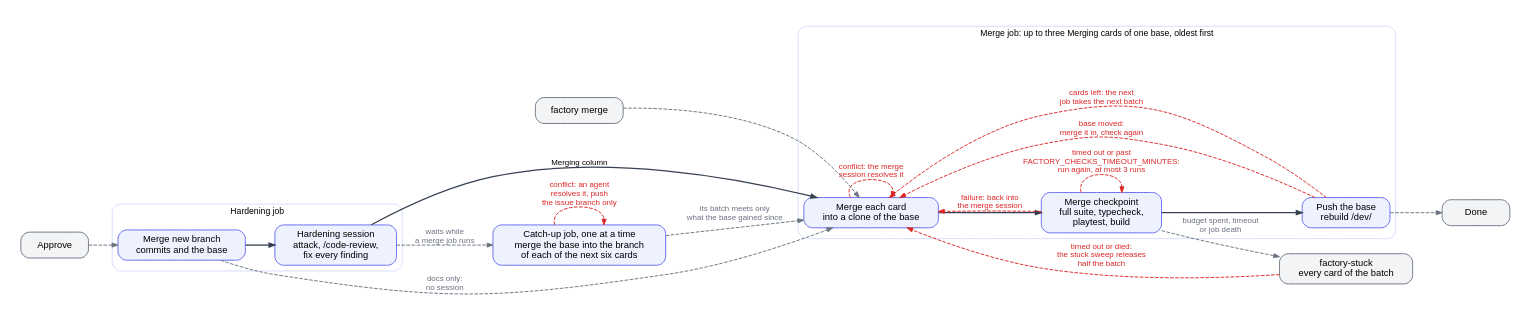
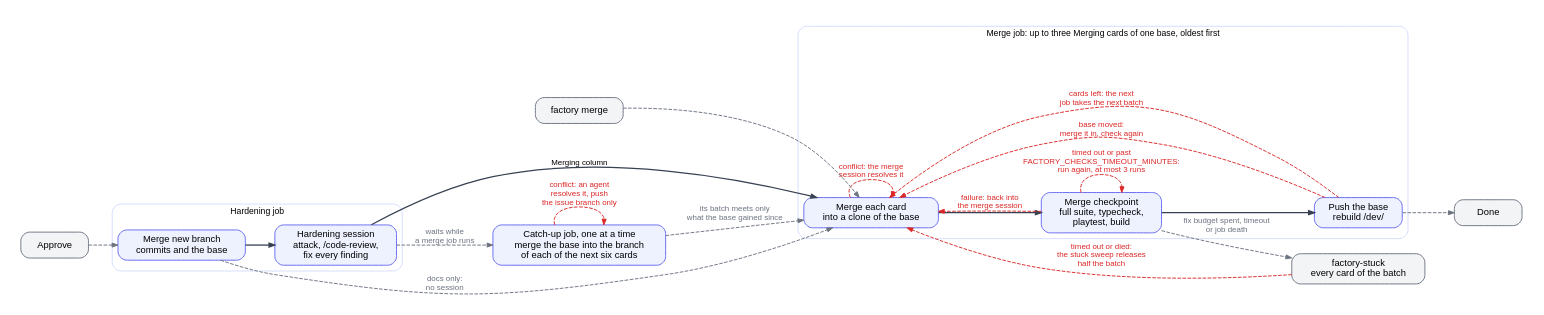
Before and after one commit to btseytlin/road-machiners: the diagram in factory/docs/diagrams/hardening.dot, drawn with Graphviz. The commit also changed 7 other files, not shown here.

Commit message:
Fix prompts run the exact failing test first and never take a hang as a pass; docs and diagrams say only fix rounds spend the merging budget

```diff
--- a/factory/docs/diagrams/hardening.dot
+++ b/factory/docs/diagrams/hardening.dot
@@ -1,39 +1,39 @@
 // Hardening and Merging columns. One hardening session reviews and fixes an approved card. The merge queue checks up to three waiting cards of a base merged together before the base takes them, and the next job takes the rest. While a merge job runs, a catch-up job merges the base into the branches of the next waiting cards.
 // Red: loops back. Grey: leaves the column or enters from outside.
 digraph hardening {
   rankdir=LR; nodesep=0.35; ranksep=0.55; bgcolor=white; pad=0.3;
   node [shape=box, style="rounded,filled", fillcolor="#eef2ff", color="#6366f1", fontname="Helvetica", fontsize=13, margin="0.2,0.1", penwidth=1.3, width=1.3];
   edge [color="#374151", penwidth=1.8, arrowsize=0.8, fontname="Helvetica", fontsize=11];
   subgraph cluster_harden {
     label="Hardening job"; fontname="Helvetica"; fontsize=12; color="#c7d2fe"; style=rounded;
     HM [label="Merge new branch\ncommits and the base"]; HH [label="Hardening session\nattack, /code-review,\nfix every finding"];
     HM -> HH [weight=100];
   }
   subgraph cluster_merge {
     label="Merge job: up to three Merging cards of one base, oldest first"; fontname="Helvetica"; fontsize=12; color="#c7d2fe"; style=rounded;
     MM [label="Merge each card\ninto a clone of the base"]; MC [label="Merge checkpoint\nfull suite, typecheck,\nplaytest, build"]; MP [label="Push the base\nrebuild /dev/"];
     MM -> MC -> MP [weight=100];
   }
   HH -> MM [label="Merging column"];
   CU [label="Catch-up job, one at a time\nmerge the base into the branch\nof each of the next six cards"];
   XA [label="Approve", fillcolor="#f3f4f6", color="#6b7280"];
   XO [label="factory merge", fillcolor="#f3f4f6", color="#6b7280"];
   XS [label="factory-stuck\nevery card of the batch", fillcolor="#f3f4f6", color="#6b7280"];
   XN [label="Done", fillcolor="#f3f4f6", color="#6b7280"];
   edge [color="#dc2626", fontcolor="#dc2626", style=dashed, penwidth=1.3];
   MM -> MM [label="conflict: the merge\nsession resolves it"];
   MC -> MM [label="failure: back into\nthe merge session"];
   MC -> MC [label="timed out or past\nFACTORY_CHECKS_TIMEOUT_MINUTES:\nrun again, at most 3 runs"];
   MP -> MM [label="base moved:\nmerge it in, check again"];
   XS -> MM [label="timed out or died:\nthe stuck sweep releases\nhalf the batch"];
   MP -> MM [label="cards left: the next\njob takes the next batch"];
   CU -> CU [label="conflict: an agent\nresolves it, push\nthe issue branch only"];
   edge [color="#6b7280", fontcolor="#6b7280"];
   XA -> HM;
   HM -> MM [label="docs only:\nno session"];
   XO -> MM;
-  MC -> XS [label="budget spent, timeout\nor job death"];
+  MC -> XS [label="fix budget spent, timeout\nor job death"];
   MP -> XN;
   HH -> CU [label="waits while\na merge job runs"];
   CU -> MM [label="its batch meets only\nwhat the base gained since"];
 }
```
